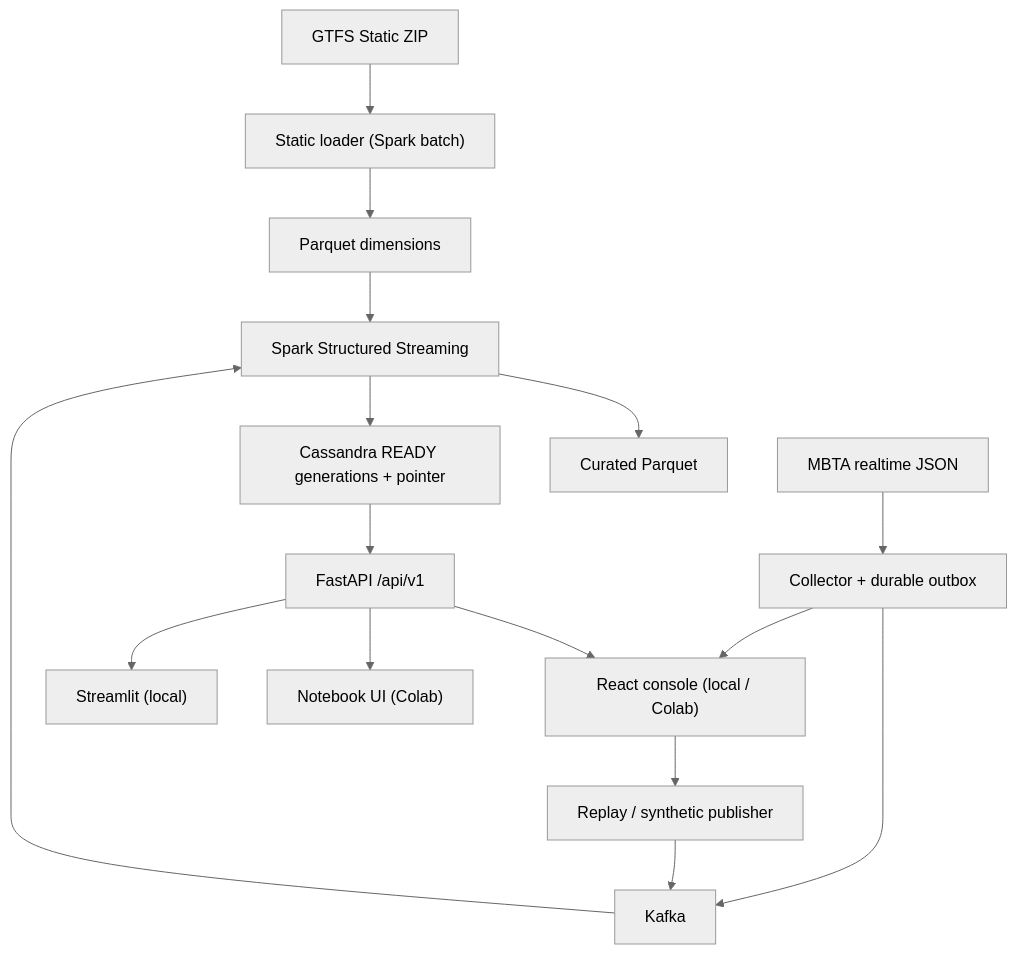
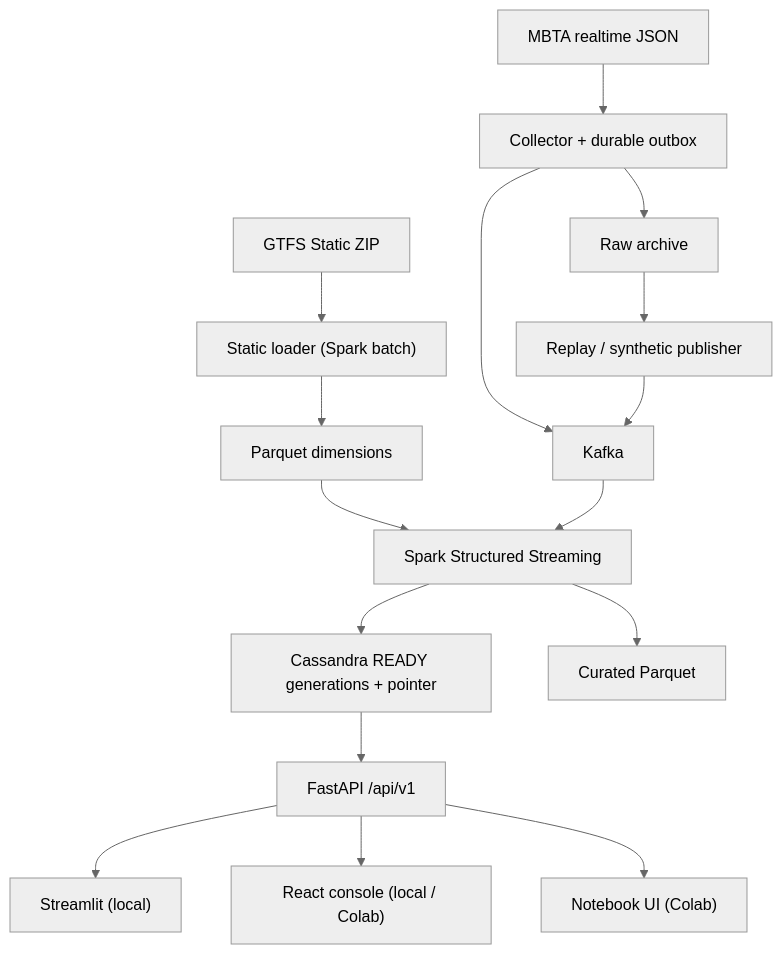
One commit to nqMinh-GR/de_btl changed the diagram in README.md. Above: the diagram before and after it, drawn with Mermaid (neutral theme). The commit also changed other lines of this file, not shown here.

First line of the commit message:
Document the completed Colab live run in the README.

````diff
--- a/README.md
+++ b/README.md
@@ -42,18 +34,18 @@
 ```mermaid
 flowchart TD
   G["GTFS Static ZIP"] --> L["Static loader (Spark batch)"]
   L --> D["Parquet dimensions"]
   F["MBTA realtime JSON"] --> C["Collector + durable outbox"]
-  C --> R["Raw archive"]
-  R --> P["Replay / synthetic publisher"]
+  C --> RAW["Raw archive"]
+  RAW --> Pub["Replay / synthetic publisher"]
   C --> K["Kafka"]
-  P --> K
+  Pub --> K
   D --> S["Spark Structured Streaming"]
   K --> S
   S --> DB["Cassandra READY generations + pointer"]
   S --> H["Curated Parquet"]
   DB --> A["FastAPI /api/v1"]
   A --> U["Streamlit (local)"]
-  A --> R["React console (local / Colab)"]
+  A --> RC["React console (local / Colab)"]
   A --> N["Notebook UI (Colab)"]
 ```
````
